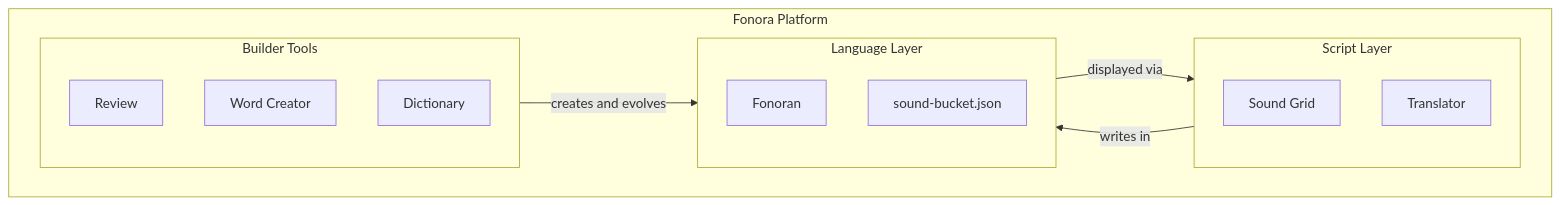
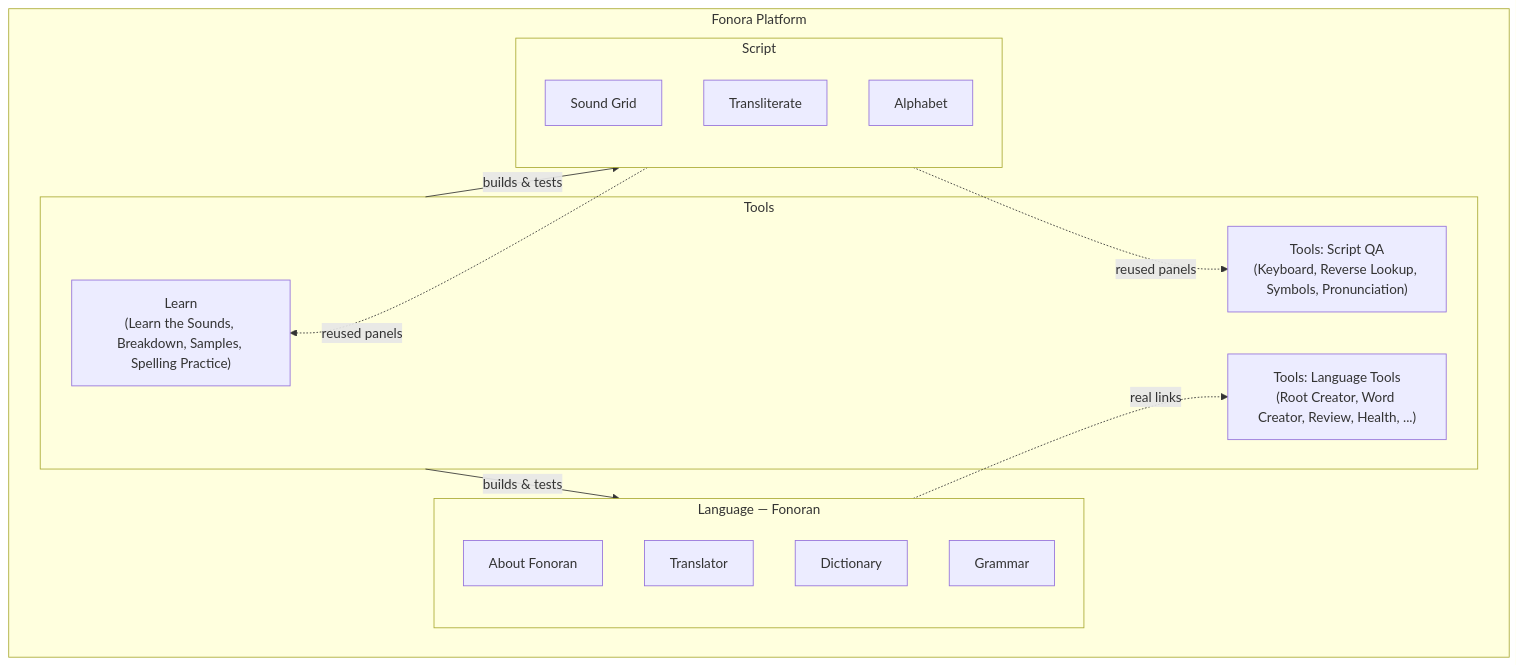
Before and after one commit to jamesc137/fonora: the diagram in docs/platform-overview.md, drawn with Mermaid. The commit also changed other lines of this file and 4 other files, not shown here.

````diff
--- a/docs/platform-overview.md
+++ b/docs/platform-overview.md
@@ -11,21 +30,26 @@
 ```mermaid
 flowchart TB
   subgraph platform [Fonora Platform]
-    subgraph script [Script Layer]
+    subgraph script [Script]
       SG[Sound Grid]
-      TR[Translator]
+      TR[Transliterate]
+      AL[Alphabet]
     end
-    subgraph language [Language Layer]
-      FL[Fonoran]
-      Lab[sound-bucket.json]
+    subgraph language [Language — Fonoran]
+      Home[About Fonoran]
+      Translator[Translator]
+      Dict[Dictionary]
+      Gram[Grammar]
     end
-    subgraph builder [Builder Tools]
-      Review[Review]
-      WC[Word Creator]
-      Dict[Dictionary]
+    subgraph tools [Tools]
+      Learn["Learn\n(Learn the Sounds, Breakdown, Samples, Spelling Practice)"]
+      ScriptTools["Tools: Script QA\n(Keyboard, Reverse Lookup, Symbols, Pronunciation)"]
+      LangTools["Tools: Language Tools\n(Root Creator, Word Creator, Review, Health, ...)"]
     end
   end
-  script -->|"writes in"| language
-  builder -->|"creates and evolves"| language
-  language -->|"displayed via"| script
+  script -. "reused panels" .-> Learn
+  script -. "reused panels" .-> ScriptTools
+  language -. "real links" .-> LangTools
+  tools -->|"builds & tests"| language
+  tools -->|"builds & tests"| script
 ```
````
